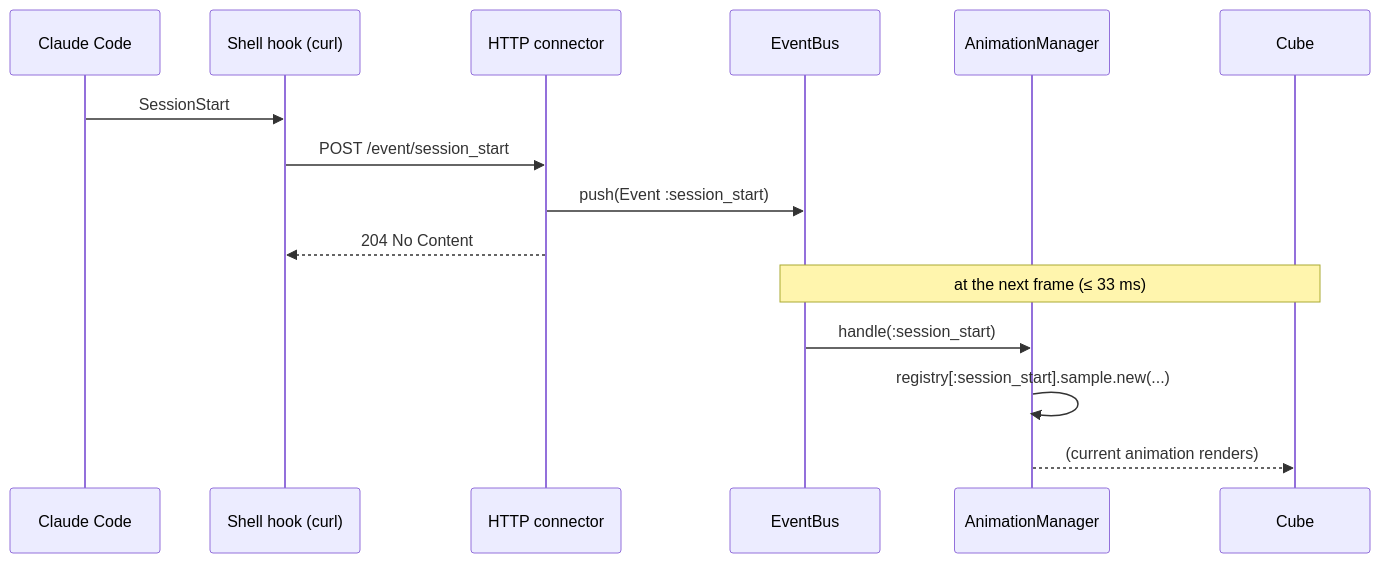
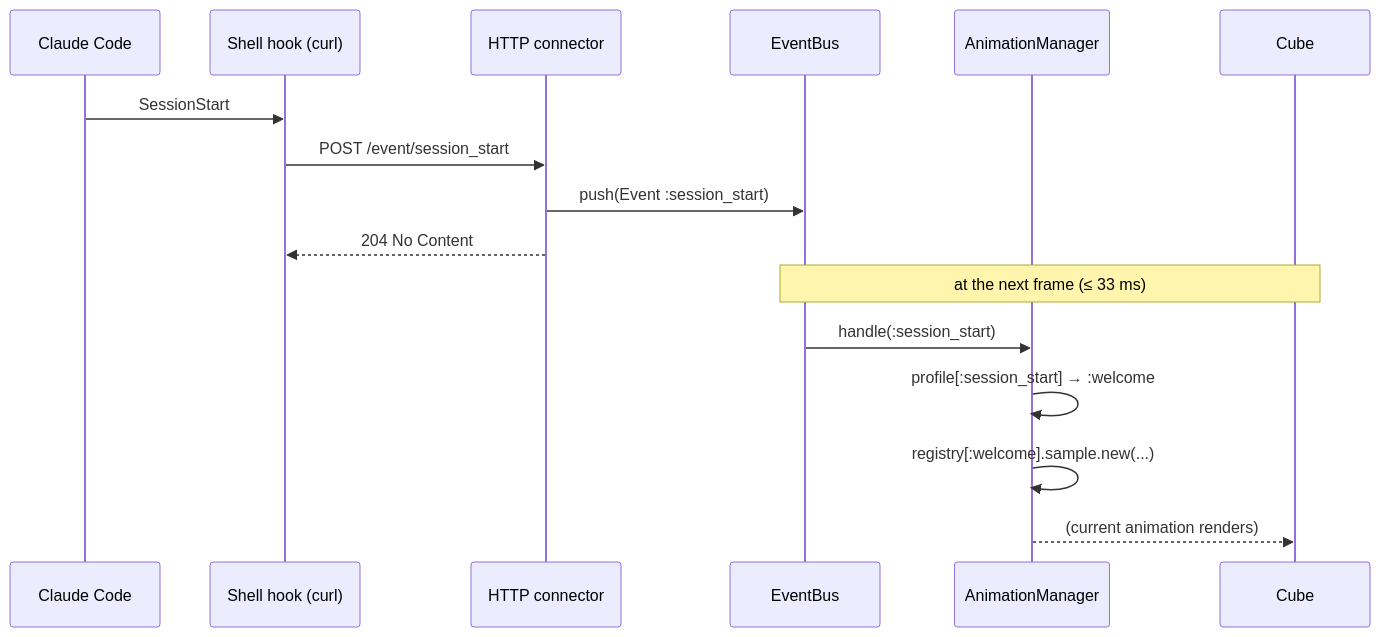
The fourth of 4 diagrams in docs/SOFTWARE.md (CROUZET/claudine-cube), drawn with Mermaid before and after one commit. The commit also changed other lines of this file and 79 other files, not shown here.

````diff
--- a/docs/SOFTWARE.md
+++ b/docs/SOFTWARE.md
@@ -487,18 +511,19 @@
 ```mermaid
 sequenceDiagram
     participant CLI as Claude Code
     participant Hook as Shell hook (curl)
     participant Srv as HTTP connector
     participant Bus as EventBus
     participant Mgr as AnimationManager
     participant Cube as Cube
 
     CLI->>Hook: SessionStart
     Hook->>Srv: POST /event/session_start
     Srv->>Bus: push(Event :session_start)
     Srv-->>Hook: 204 No Content
     Note over Bus,Cube: at the next frame (≤ 33 ms)
     Bus->>Mgr: handle(:session_start)
-    Mgr->>Mgr: registry[:session_start].sample.new(...)
+    Mgr->>Mgr: profile[:session_start] → :welcome
+    Mgr->>Mgr: registry[:welcome].sample.new(...)
     Mgr-->>Cube: (current animation renders)
 ```
````
